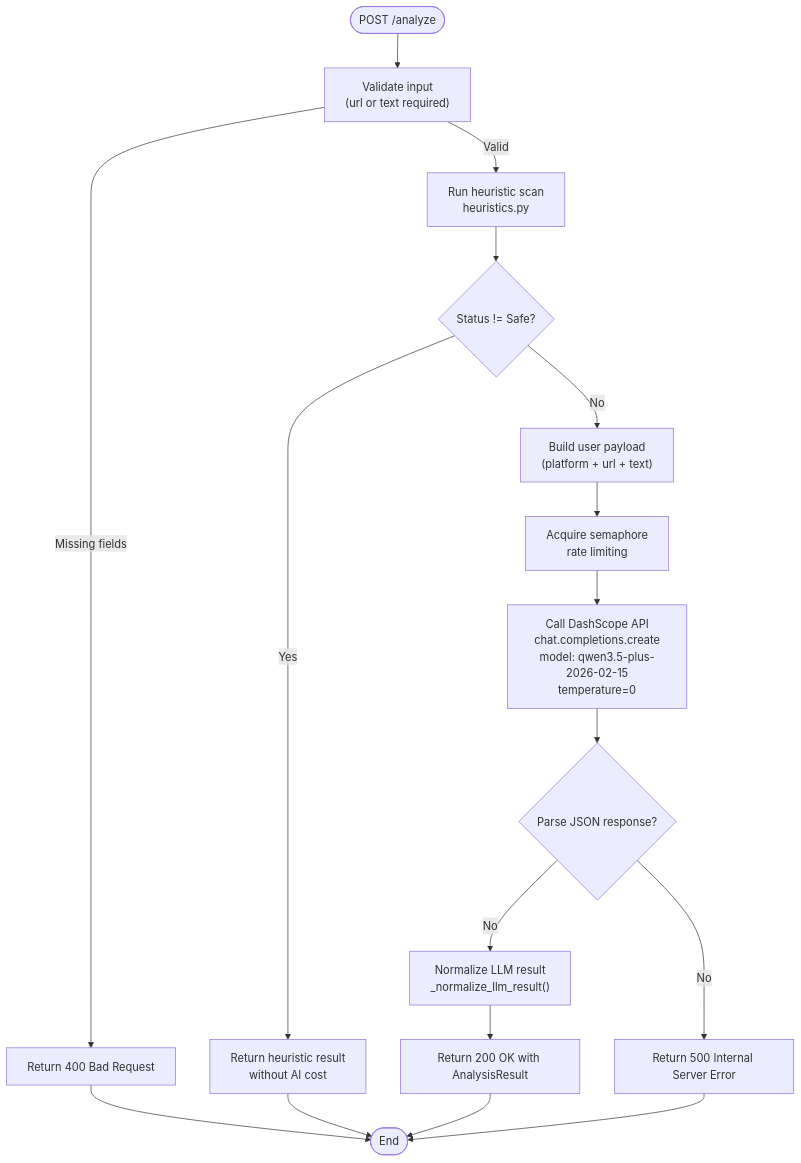
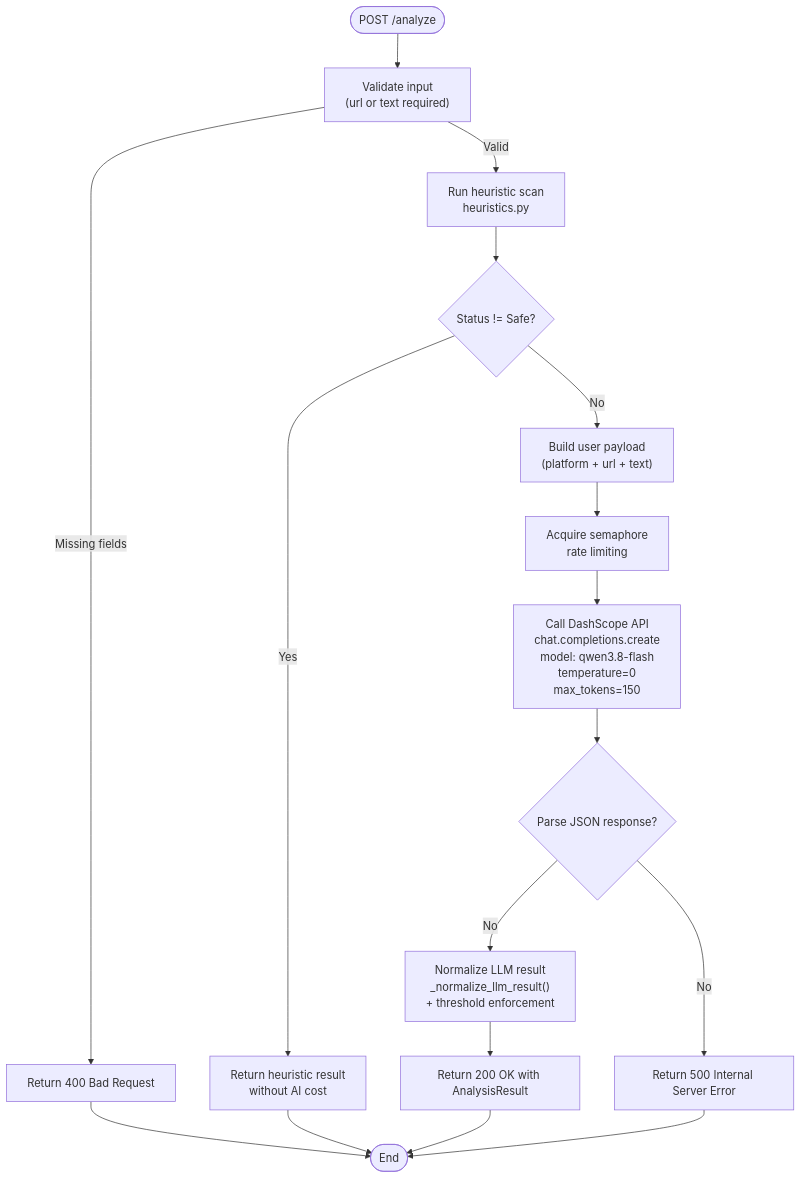
One commit to Aymanaahh/scrollguard-ai changed the third of 5 diagrams in .qoder/repowiki/en/content/Backend API Documentation.md. Above: the diagram before and after it, drawn with Mermaid. The commit also changed other lines of this file and 6 other files, not shown here.

````diff
--- a/.qoder/repowiki/en/content/Backend API Documentation.md
+++ b/.qoder/repowiki/en/content/Backend API Documentation.md
@@ -257,19 +265,19 @@
 ```mermaid
 flowchart TD
 Start(["POST /analyze"]) --> Validate["Validate input<br/>(url or text required)"]
 Validate --> |Missing fields| Err400["Return 400 Bad Request"]
 Validate --> |Valid| Heuristic["Run heuristic scan<br/>heuristics.py"]
 Heuristic --> Check{"Status != Safe?"}
 Check --> |Yes| ReturnHeuristic["Return heuristic result<br/>without AI cost"]
 Check --> |No| BuildPrompt["Build user payload<br/>(platform + url + text)"]
 BuildPrompt --> Semaphore["Acquire semaphore<br/>rate limiting"]
-Semaphore --> CallLLM["Call DashScope API<br/>chat.completions.create<br/>model: qwen3.5-plus-2026-02-15<br/>temperature=0"]
+Semaphore --> CallLLM["Call DashScope API<br/>chat.completions.create<br/>model: qwen3.8-flash<br/>temperature=0<br/>max_tokens=150"]
 CallLLM --> Parse{"Parse JSON response?"}
-Parse --> |No| Normalize["Normalize LLM result<br/>_normalize_llm_result()"]
+Parse --> |No| Normalize["Normalize LLM result<br/>_normalize_llm_result()<br/>+ threshold enforcement"]
 Normalize --> Return200["Return 200 OK with AnalysisResult"]
 Parse --> |No| Err500["Return 500 Internal Server Error"]
 Err400 --> End(["End"])
 Err500 --> End
 ReturnHeuristic --> End
 Return200 --> End
 ```
````
